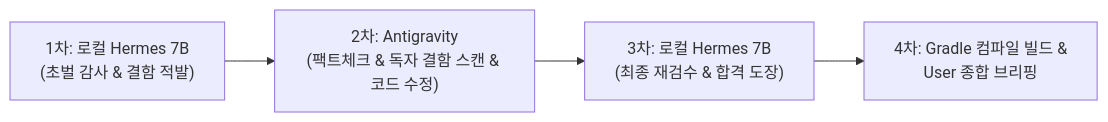
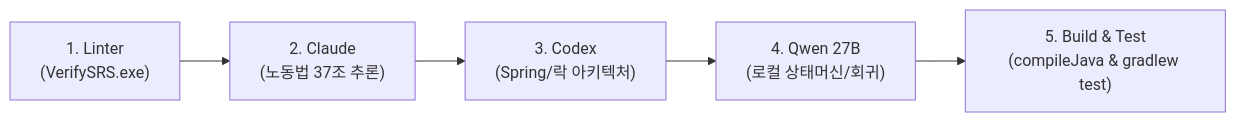
One commit to KBG183/kintai-saas-refactored changed the diagram in AGENTS.md. Above: the diagram before and after it, drawn with Mermaid. The commit also changed other lines of this file and 26 other files, not shown here.

````diff
--- a/AGENTS.md
+++ b/AGENTS.md
@@ -64,6 +46,7 @@
 ```mermaid
 flowchart LR
-    A["1차: 로컬 Hermes 7B<br>(초벌 감사 & 결함 적발)"] --> B["2차: Antigravity<br>(팩트체크 & 독자 결함 스캔 & 코드 수정)"]
-    B --> C["3차: 로컬 Hermes 7B<br>(최종 재검수 & 합격 도장)"]
-    C --> D["4차: Gradle 컴파일 빌드 &<br>User 종합 브리핑"]
+    A["1. Linter<br>(VerifySRS.exe)"] --> B["2. Claude<br>(노동법 37조 추론)"]
+    B --> C["3. Codex<br>(Spring/락 아키텍처)"]
+    C --> D["4. Qwen 27B<br>(로컬 상태머신/회귀)"]
+    D --> E["5. Build & Test<br>(compileJava & gradlew test)"]
 ```
````
